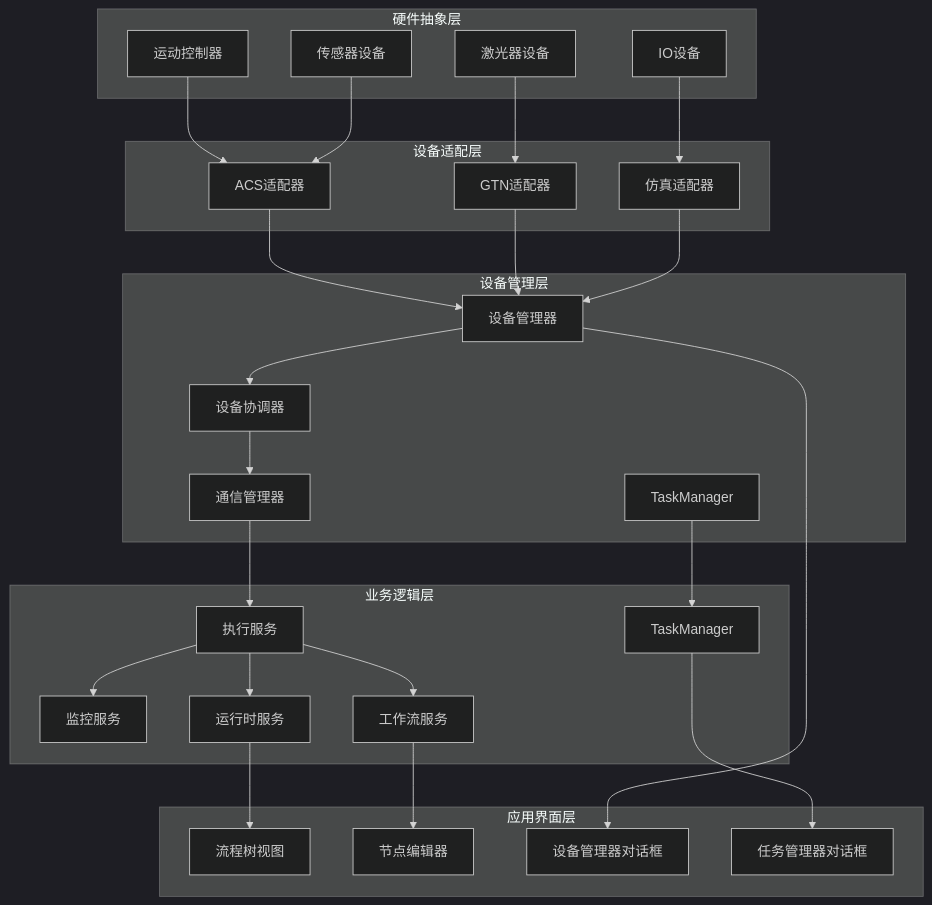
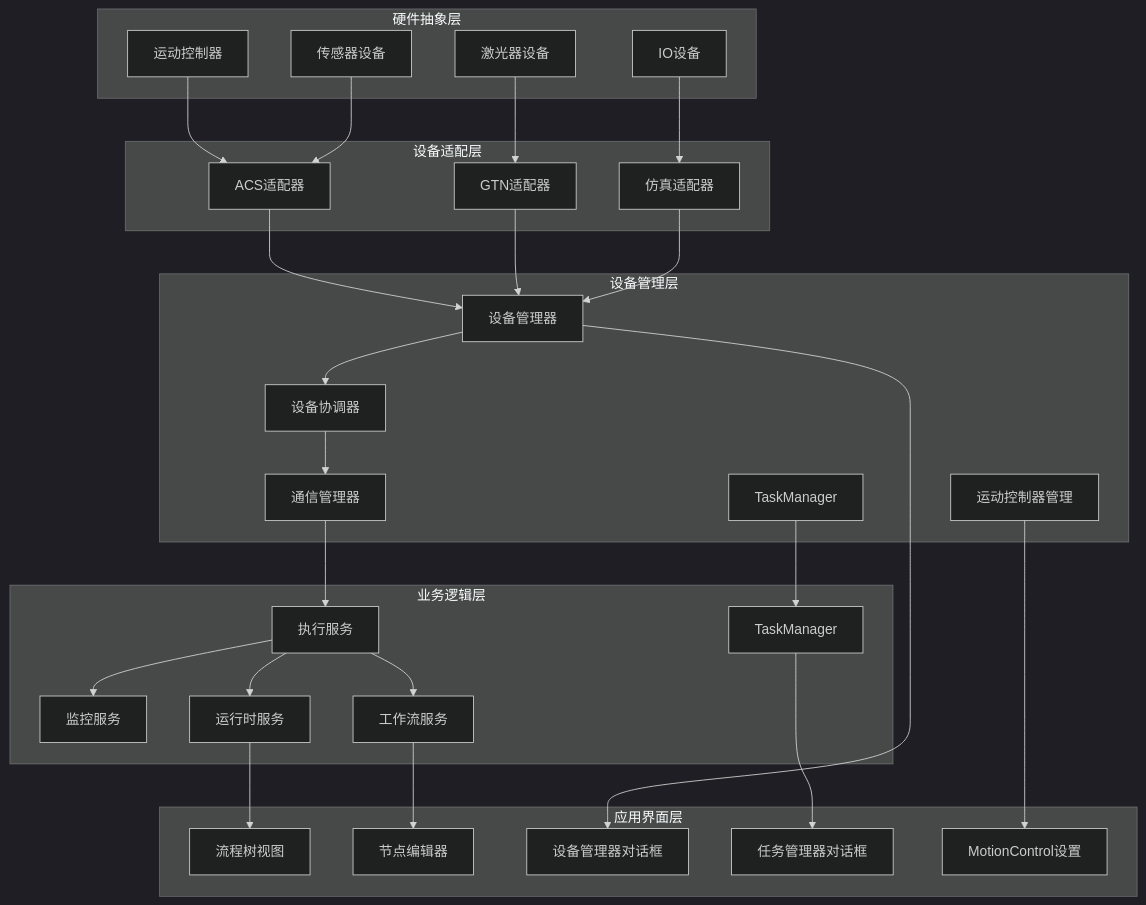
Before and after one commit to super1wang/LaserCNCv1.0: the fourth of 26 diagrams in .qoder/repowiki/zh/content/项目概述/模块设计/Process模块设计/Process模块服务管理架构改进.md, drawn with Mermaid (dark theme). The commit also changed other lines of this file and 25 other files, not shown here.

````diff
--- a/.qoder/repowiki/zh/content/项目概述/模块设计/Process模块设计/Process模块服务管理架构改进.md
+++ b/.qoder/repowiki/zh/content/项目概述/模块设计/Process模块设计/Process模块服务管理架构改进.md
@@ -306,51 +350,54 @@
 ```mermaid
 graph TD
 subgraph "硬件抽象层"
 HW1[运动控制器]
 HW2[激光器设备]
 HW3[IO设备]
 HW4[传感器设备]
 end
 subgraph "设备适配层"
 DA1[ACS适配器]
 DA2[GTN适配器]
 DA3[仿真适配器]
 end
 subgraph "设备管理层"
 DM[设备管理器]
 DC[设备协调器]
 CM[通信管理器]
+MC[运动控制器管理]
 TM[TaskManager]
 end
 subgraph "业务逻辑层"
 ES[执行服务]
 MS[监控服务]
 WS[工作流服务]
 RS[运行时服务]
 TS[TaskManager]
 end
 subgraph "应用界面层"
 UI1[流程树视图]
 UI2[节点编辑器]
 UI3[设备管理器对话框]
 UI4[任务管理器对话框]
+UI5[MotionControl设置]
 end
 HW1 --> DA1
 HW2 --> DA2
 HW3 --> DA3
 HW4 --> DA1
 DA1 --> DM
 DA2 --> DM
 DA3 --> DM
 DM --> DC
 DC --> CM
 CM --> ES
 ES --> MS
 ES --> WS
 ES --> RS
 RS --> UI1
 WS --> UI2
 DM --> UI3
 TM --> TS
 TS --> UI4
+MC --> UI5
 ```
````
